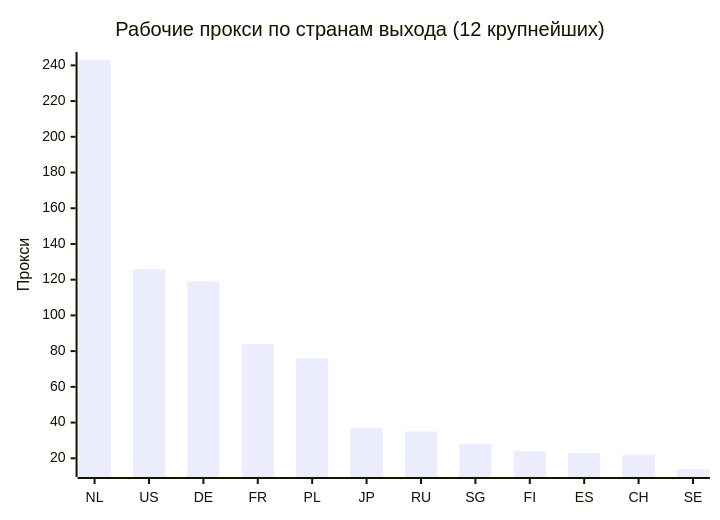
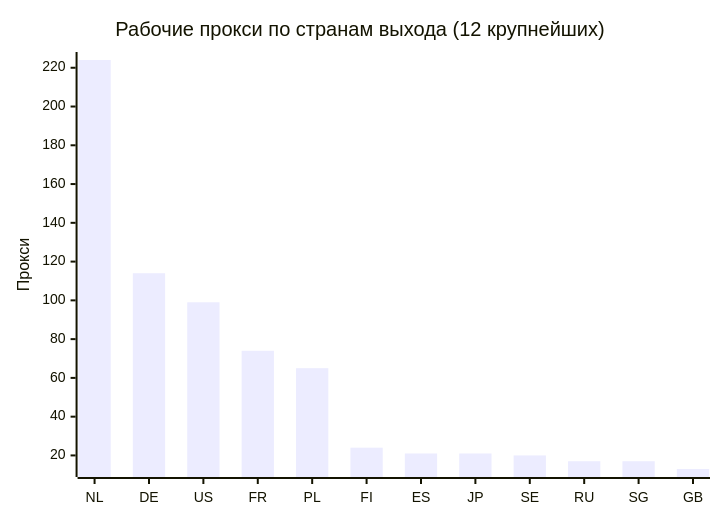
Before and after one commit to rvvg/proxy-subs: the second of 4 diagrams in README.md, drawn with Mermaid. The commit also changed other lines of this file and 49 other files, not shown here.

````diff
--- a/README.md
+++ b/README.md
@@ -130,7 +131,7 @@
 ```mermaid
 xychart-beta
     title "Рабочие прокси по странам выхода (12 крупнейших)"
-    x-axis ["NL", "US", "DE", "FR", "PL", "JP", "RU", "SG", "FI", "ES", "CH", "SE"]
+    x-axis ["NL", "DE", "US", "FR", "PL", "FI", "ES", "JP", "SE", "RU", "SG", "GB"]
     y-axis "Прокси"
-    bar [243, 126, 119, 84, 76, 37, 35, 28, 24, 23, 22, 14]
+    bar [224, 114, 99, 74, 65, 24, 21, 21, 20, 17, 17, 13]
 ```
````
